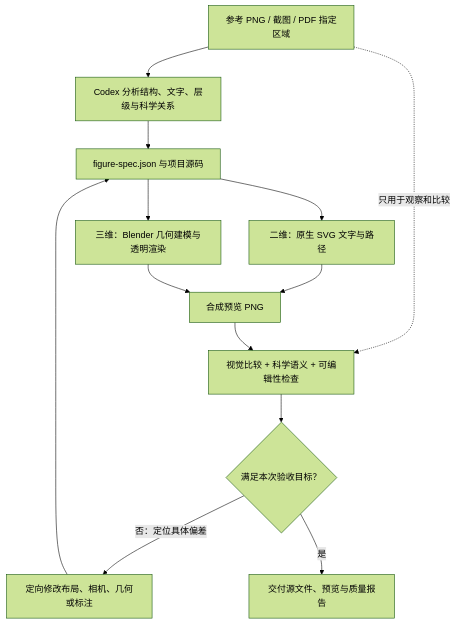
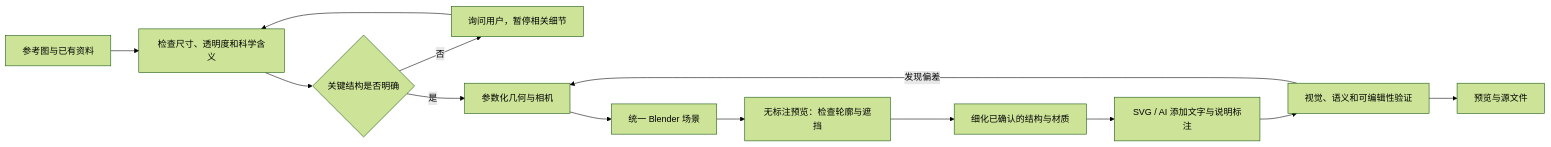
Before and after one commit to HyNlity/paper-figure-reconstruction: the diagram in README.md, drawn with Mermaid (forest theme). The commit also changed other lines of this file and 6 other files, not shown here.

````diff
--- a/README.md
+++ b/README.md
@@ -32,15 +83,15 @@
 ```mermaid
-flowchart TD
-    R["参考 PNG / 截图 / PDF 指定区域"] --> A["Codex 分析结构、文字、层级与科学关系"]
-    A --> S["figure-spec.json 与项目源码"]
-    S --> V["二维：原生 SVG 文字与路径"]
-    S --> B["三维：Blender 几何建模与透明渲染"]
-    V --> C["合成预览 PNG"]
-    B --> C
-    R -. "只用于观察和比较" .-> Q["视觉比较 + 科学语义 + 可编辑性检查"]
-    C --> Q
-    Q --> D{"满足本次验收目标？"}
-    D -- "否：定位具体偏差" --> F["定向修改布局、相机、几何或标注"]
-    F --> S
-    D -- "是" --> O["交付源文件、预览与质量报告"]
+flowchart LR
+    R[参考图与已有资料] --> E[检查尺寸、透明度和科学含义]
+    E --> Q{关键结构是否明确}
+    Q -- 否 --> U[询问用户，暂停相关细节]
+    U --> E
+    Q -- 是 --> G[参数化几何与相机]
+    G --> B[统一 Blender 场景]
+    B --> P[无标注预览：检查轮廓与遮挡]
+    P --> D[细化已确认的结构与材质]
+    D --> A[SVG / AI 添加文字与说明标注]
+    A --> V[视觉、语义和可编辑性验证]
+    V --> O[预览与源文件]
+    V -- 发现偏差 --> G
 ```
````
